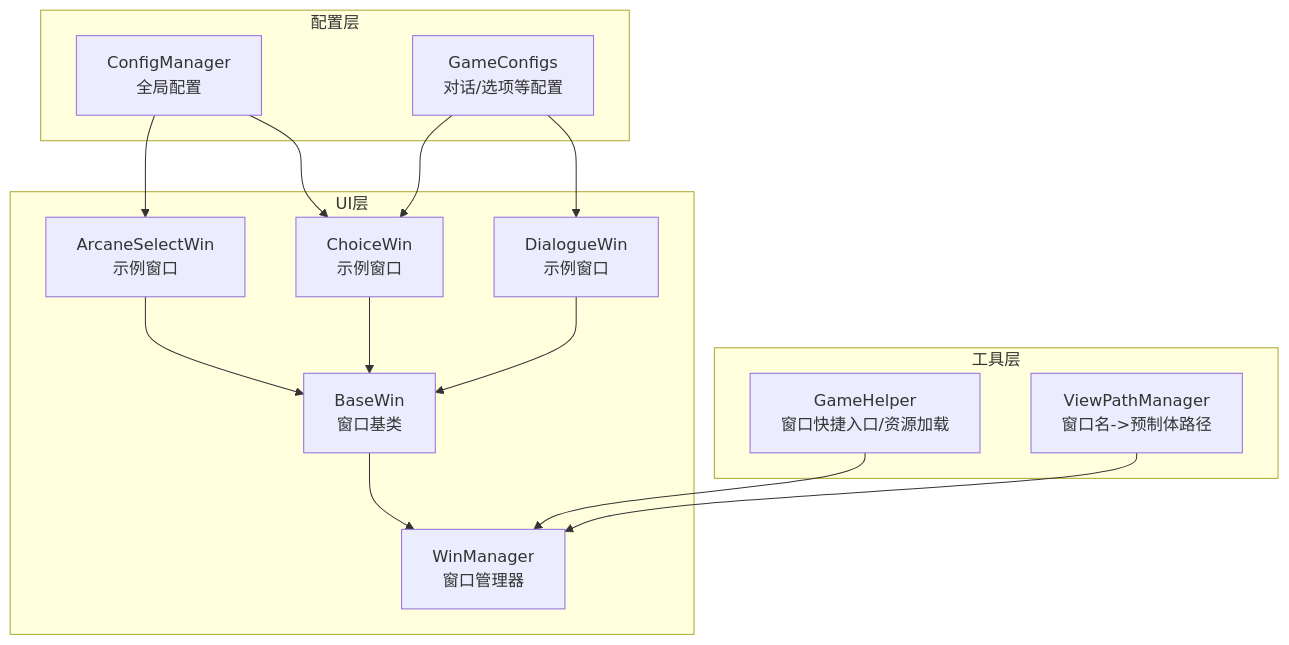
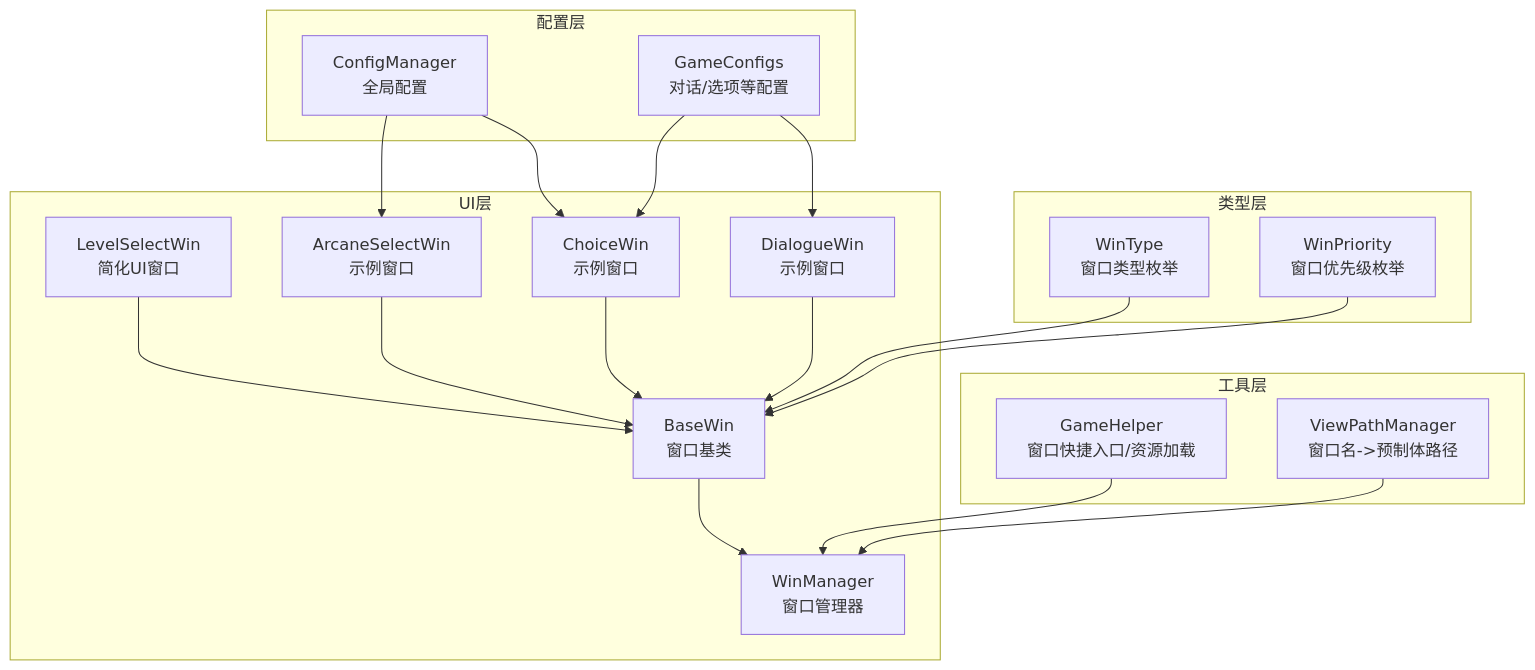
One commit to Tuusen/p1_client changed the first of 9 diagrams in .qoder/repowiki/zh/content/用户界面系统/窗口管理系统.md. Above: the diagram before and after it, drawn with Mermaid. The commit also changed other lines of this file and 19 other files, not shown here.

````diff
--- a/.qoder/repowiki/zh/content/用户界面系统/窗口管理系统.md
+++ b/.qoder/repowiki/zh/content/用户界面系统/窗口管理系统.md
@@ -39,28 +51,36 @@
 ```mermaid
 graph TB
 subgraph "UI层"
 BaseWin["BaseWin<br/>窗口基类"]
 WinMgr["WinManager<br/>窗口管理器"]
-ArcaneWin["ArcaneSelectWin<br/>示例窗口"]
+LevelSelectWin["LevelSelectWin<br/>简化UI窗口"]
+ArcaneSelectWin["ArcaneSelectWin<br/>示例窗口"]
 ChoiceWin["ChoiceWin<br/>示例窗口"]
 DialogWin["DialogueWin<br/>示例窗口"]
 end
 subgraph "工具层"
 GameHelper["GameHelper<br/>窗口快捷入口/资源加载"]
 ViewPathMgr["ViewPathManager<br/>窗口名->预制体路径"]
 end
 subgraph "配置层"
 CfgMgr["ConfigManager<br/>全局配置"]
 Cfgs["GameConfigs<br/>对话/选项等配置"]
 end
+subgraph "类型层"
+WinType["WinType<br/>窗口类型枚举"]
+WinPriority["WinPriority<br/>窗口优先级枚举"]
+end
 BaseWin --> WinMgr
-ArcaneWin --> BaseWin
+LevelSelectWin --> BaseWin
+ArcaneSelectWin --> BaseWin
 ChoiceWin --> BaseWin
 DialogWin --> BaseWin
 GameHelper --> WinMgr
 ViewPathMgr --> WinMgr
-CfgMgr --> ArcaneWin
+CfgMgr --> ArcaneSelectWin
 CfgMgr --> ChoiceWin
 Cfgs --> ChoiceWin
 Cfgs --> DialogWin
+WinType --> BaseWin
+WinPriority --> BaseWin
 ```
````
